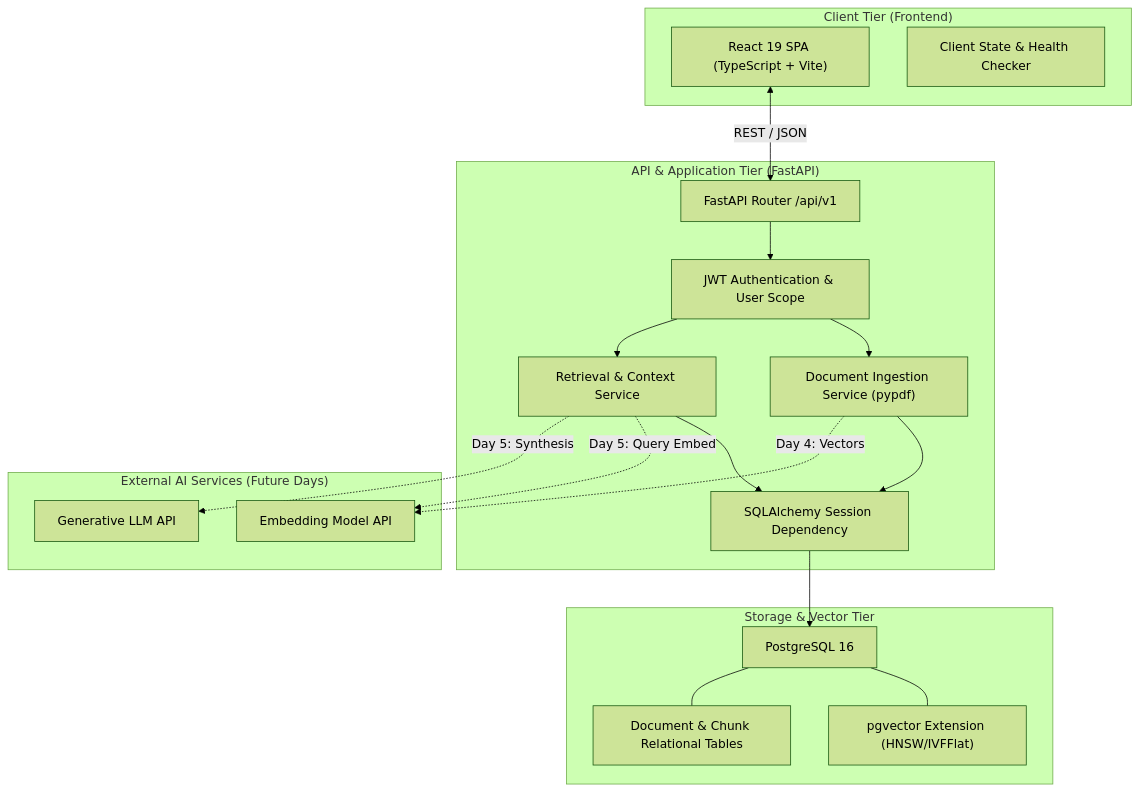
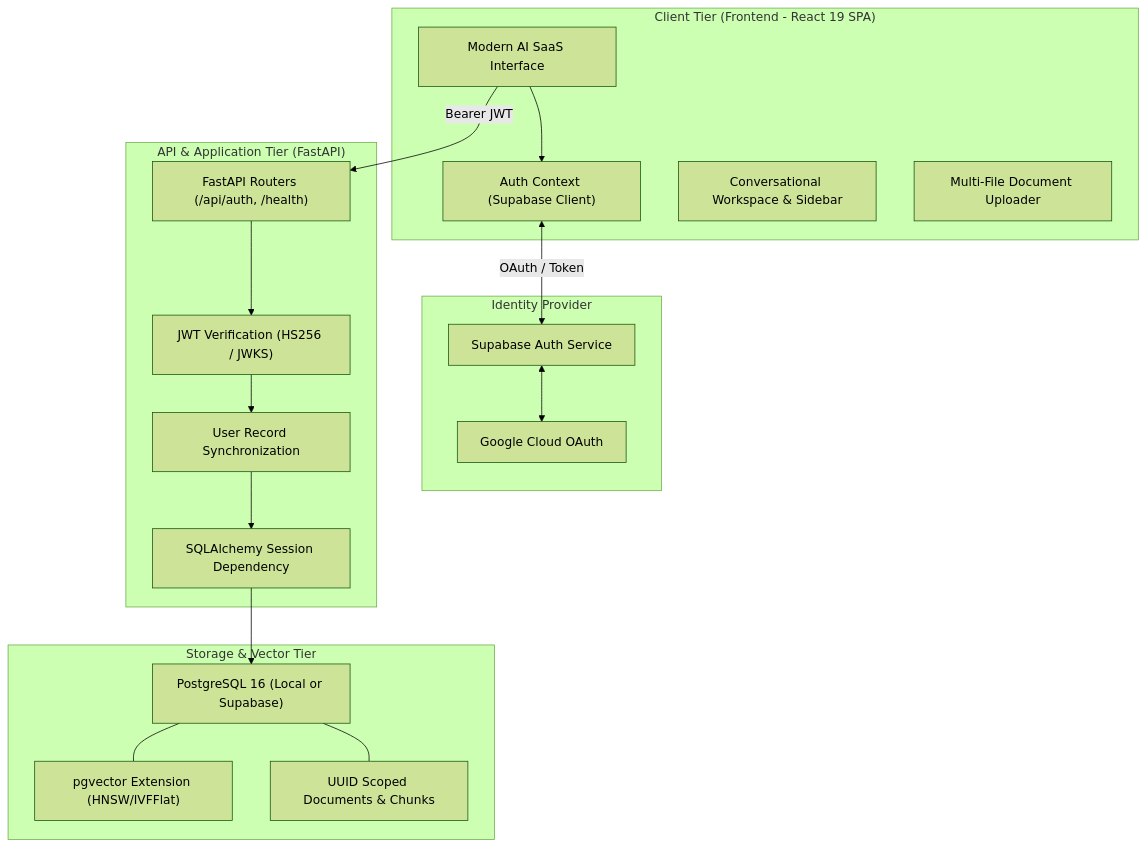
The diagram in docs/ARCHITECTURE.md (AfsarAI/KnowFlow), drawn with Mermaid (forest theme) before and after one commit. The commit also changed other lines of this file and 46 other files, not shown here.

Commit message:
feat: implement Day 2 Supabase authentication, JWT verification, and SaaS product UI redesign

````diff
--- a/docs/ARCHITECTURE.md
+++ b/docs/ARCHITECTURE.md
@@ -11,40 +11,38 @@
 ```mermaid
 flowchart TD
-    subgraph Client_Layer["Client Tier (Frontend)"]
-        UI["React 19 SPA (TypeScript + Vite)"]
-        State["Client State & Health Checker"]
+    subgraph Client_Layer["Client Tier (Frontend - React 19 SPA)"]
+        UI["Modern AI SaaS Interface"]
+        AuthContext["Auth Context (Supabase Client)"]
+        ChatUI["Conversational Workspace & Sidebar"]
+        UploadUI["Multi-File Document Uploader"]
+    end
+
+    subgraph Auth_Provider["Identity Provider"]
+        SupabaseAuth["Supabase Auth Service"]
+        GoogleOAuth["Google Cloud OAuth"]
     end
 
     subgraph Gateway_Layer["API & Application Tier (FastAPI)"]
-        Router["FastAPI Router /api/v1"]
-        AuthMiddleware["JWT Authentication & User Scope"]
-        DocService["Document Ingestion Service (pypdf)"]
-        RAGService["Retrieval & Context Service"]
+        Router["FastAPI Routers (/api/auth, /health)"]
+        JWTMiddleware["JWT Verification (HS256 / JWKS)"]
+        UserSync["User Record Synchronization"]
         DBDep["SQLAlchemy Session Dependency"]
     end
 
     subgraph Data_Layer["Storage & Vector Tier"]
-        PG["PostgreSQL 16"]
+        PG["PostgreSQL 16 (Local or Supabase)"]
         PGVector["pgvector Extension (HNSW/IVFFlat)"]
-        DocStore["Document & Chunk Relational Tables"]
+        DocStore["UUID Scoped Documents & Chunks"]
     end
 
-    subgraph External_AI["External AI Services (Future Days)"]
-        EmbedAPI["Embedding Model API"]
-        LLMAPI["Generative LLM API"]
-    end
-
-    UI <-->|REST / JSON| Router
-    Router --> AuthMiddleware
-    AuthMiddleware --> DocService
-    AuthMiddleware --> RAGService
-    DocService --> DBDep
-    RAGService --> DBDep
+    UI --> AuthContext
+    AuthContext <-->|OAuth / Token| SupabaseAuth
+    SupabaseAuth <--> GoogleOAuth
+    UI -->|Bearer JWT| Router
+    Router --> JWTMiddleware
+    JWTMiddleware --> UserSync
+    UserSync --> DBDep
     DBDep --> PG
     PG --- PGVector
     PG --- DocStore
-
-    DocService -.->|Day 4: Vectors| EmbedAPI
-    RAGService -.->|Day 5: Query Embed| EmbedAPI
-    RAGService -.->|Day 5: Synthesis| LLMAPI
 ```
````
